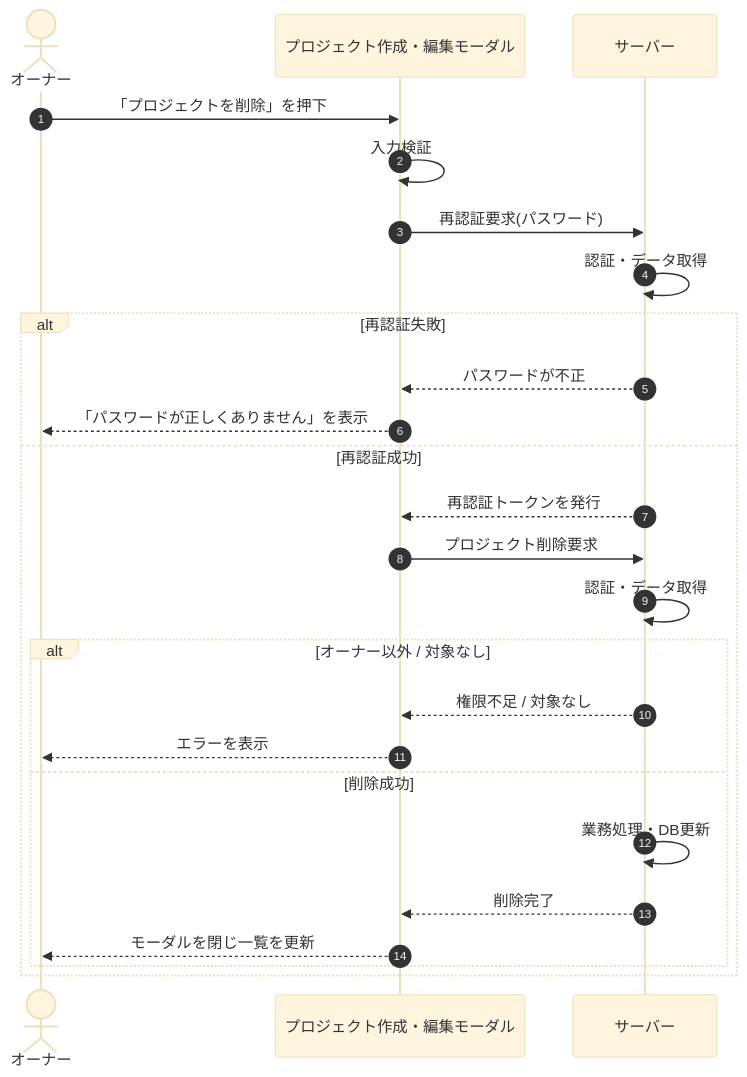
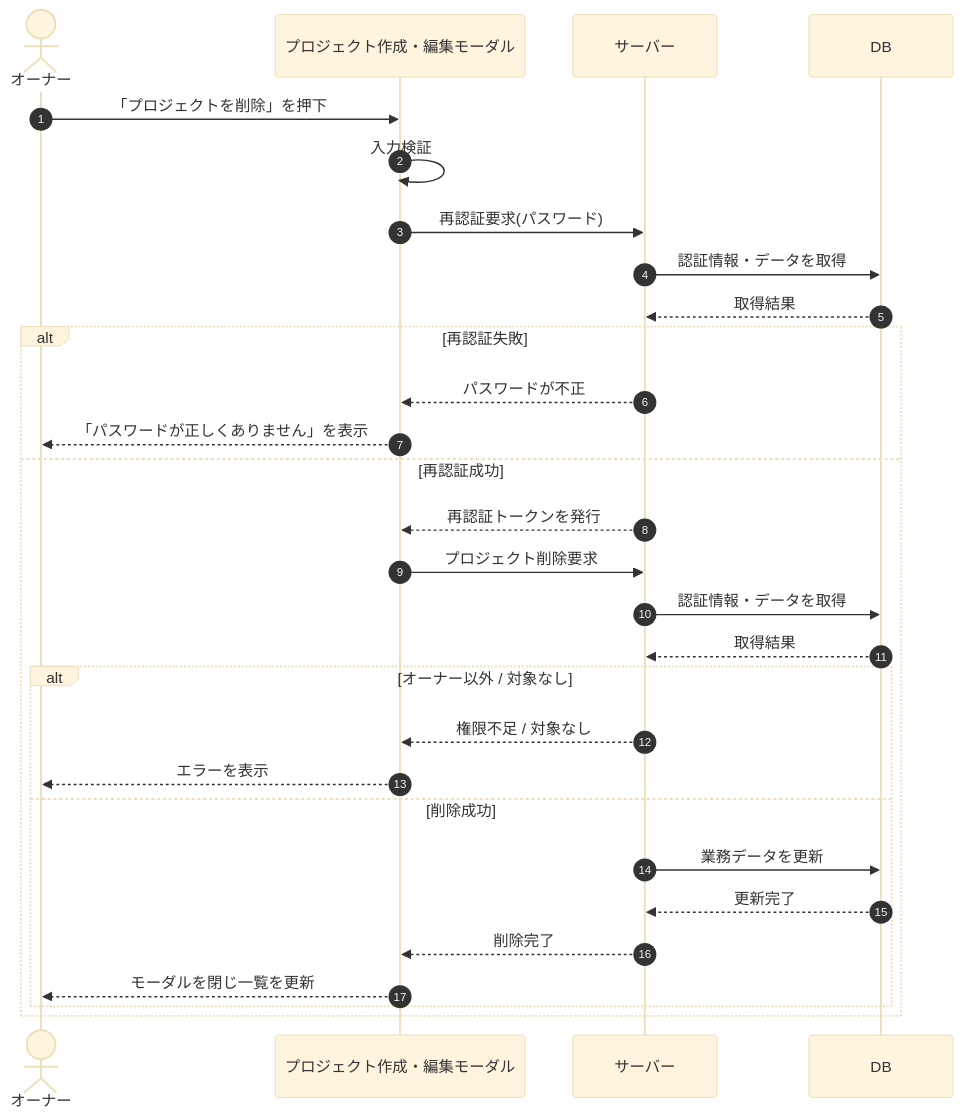
Before and after one commit to sikakou54/open-faq: the diagram in 02_basic_design/03_sequences/SEQ-014.md, drawn with Mermaid (base theme). The commit also changed other lines of this file and 122 other files, not shown here.

First line of the commit message:
シーケンス図に DB アクターを追加(DB 操作をサーバー自己メッセージから分離)

````diff
--- a/02_basic_design/03_sequences/SEQ-014.md
+++ b/02_basic_design/03_sequences/SEQ-014.md
@@ -26,27 +26,31 @@
 ```mermaid
 sequenceDiagram
   autonumber
   actor U as オーナー
   participant Screen as プロジェクト作成・編集モーダル
   participant Server as サーバー
+  participant DB as DB
   U->>Screen: 「プロジェクトを削除」を押下
   Screen->>Screen: 入力検証
   Screen->>Server: 再認証要求(パスワード)
-  Server->>Server: 認証・データ取得
+  Server->>DB: 認証情報・データを取得
+  DB-->>Server: 取得結果
   alt 再認証失敗
     Server-->>Screen: パスワードが不正
     Screen-->>U: 「パスワードが正しくありません」を表示
   else 再認証成功
     Server-->>Screen: 再認証トークンを発行
     Screen->>Server: プロジェクト削除要求
-    Server->>Server: 認証・データ取得
+    Server->>DB: 認証情報・データを取得
+    DB-->>Server: 取得結果
     alt オーナー以外 / 対象なし
       Server-->>Screen: 権限不足 / 対象なし
       Screen-->>U: エラーを表示
     else 削除成功
-      Server->>Server: 業務処理・DB更新
+      Server->>DB: 業務データを更新
+      DB-->>Server: 更新完了
       Server-->>Screen: 削除完了
       Screen-->>U: モーダルを閉じ一覧を更新
     end
   end
 ```
````
